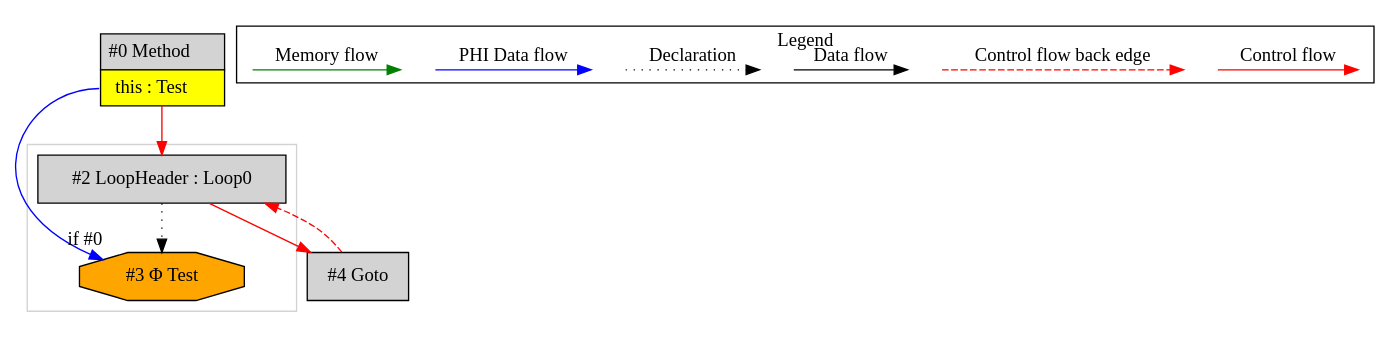
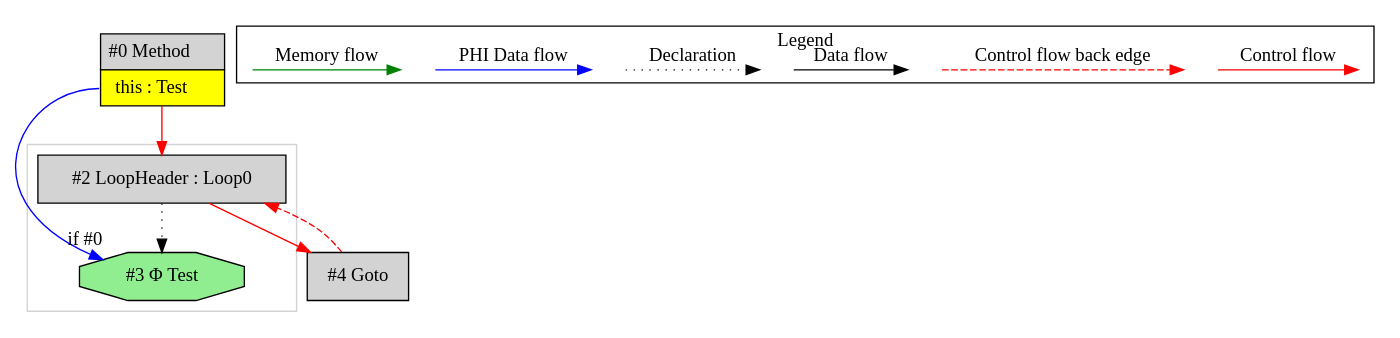
One commit to mirkosertic/MetaIR changed the diagram in de.mirkosertic.metair.ir.OpcodeGOTOTest/test_GOTO/ir.dot. Above: the diagram before and after it, drawn with Graphviz. The commit also changed 1507 other files, not shown here.

```diff
--- a/de.mirkosertic.metair.ir.OpcodeGOTOTest/test_GOTO/ir.dot
+++ b/de.mirkosertic.metair.ir.OpcodeGOTOTest/test_GOTO/ir.dot
@@ -1,43 +1,43 @@
 digraph {
  ordering="in";
  node0[margin="0", label=<<table border="0" cellborder="1" cellspacing="0" cellpadding="5"><tr><td colspan="1">#0 Method</td></tr><tr><td port="prj1" bgcolor="yellow">this : Test</td></tr></table>>,shape=none, fillcolor=lightgrey, style=filled];
- node3[label="#3 Φ Test",shape=octagon, fillcolor=orange, style=filled];
+ node3[label="#3 Φ Test",shape=octagon, fillcolor=lightgreen, style=filled];
  node2 -> node3[style=dotted];
  node0:prj1 -> node3[headlabel="if #0", labeldistance=2, color=blue, constraint=false];
  node2[label="#2 LoopHeader : Loop0",shape=box, fillcolor=lightgrey, style=filled];
  node0 -> node2[labeldistance=2, color=red, fontcolor=red];
  node4 -> node2[labeldistance=2, color=red, fontcolor=red, style=dashed];
  node4[label="#4 Goto",shape=box, fillcolor=lightgrey, style=filled];
  node2 -> node4[labeldistance=2, color=red, fontcolor=red];
  subgraph cluster_0 {
   color=lightgray;
   node2;
   node3;
  }
  subgraph cluster_000 {
   label = "Legend";
   node [shape=point]
   {
    rank=same;
    c0 [style = invis];
    c1 [style = invis];
    c2 [style = invis];
    c3 [style = invis];
    d0 [style = invis];
    d1 [style = invis];
    d2 [style = invis];
    d3 [style = invis];
    d4 [style = invis];
    d5 [style = invis];
    d6 [style = invis];
    d7 [style = invis];
   }
   c0 -> c1 [label="Control flow", style=solid, color=red]
   c2 -> c3 [label="Control flow back edge", style=dashed, color=red]
   d0 -> d1 [label="Data flow"]
   d2 -> d3 [label="Declaration", style=dotted]
   d4 -> d5 [label="PHI Data flow", color=blue]
   d6 -> d7 [label="Memory flow", color=green]
  }
 
 }
```
